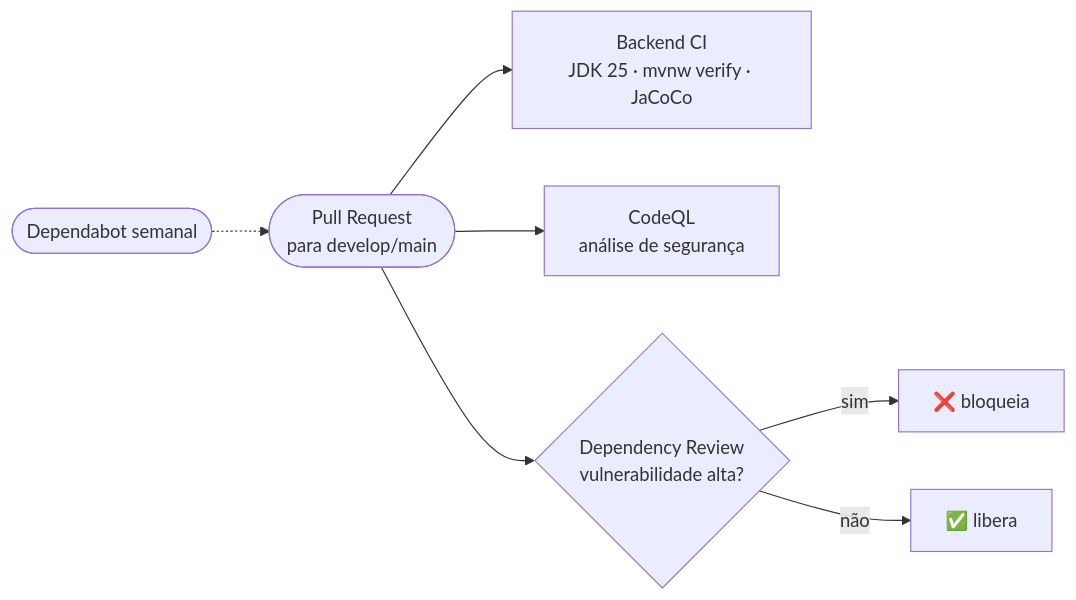
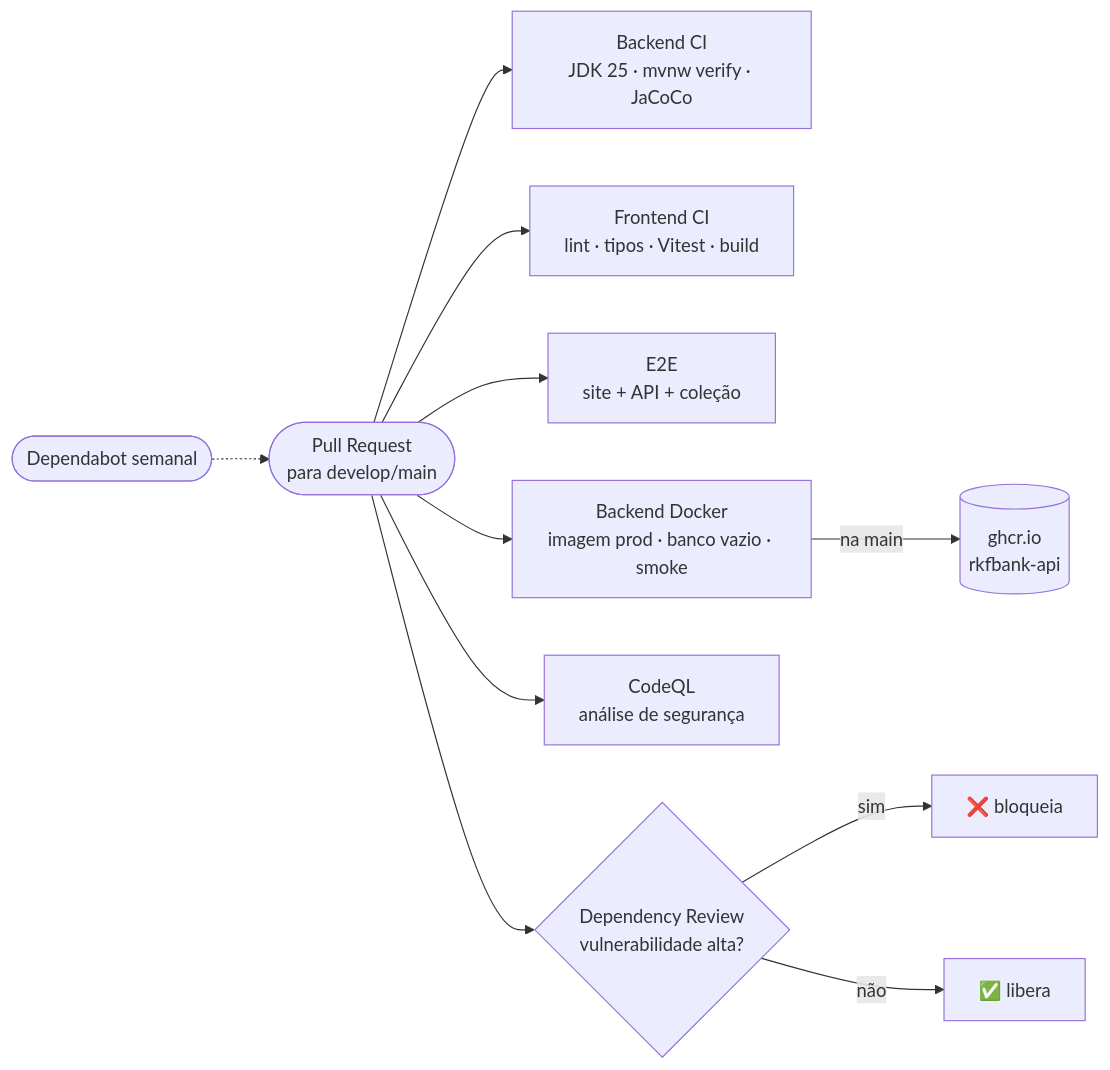
Diagram 11 of 13 in README.md (k3vinrich4rd/rkf_bank), drawn with Mermaid before and after one commit. The commit also changed other lines of this file and 10 other files, not shown here.

````diff
--- a/README.md
+++ b/README.md
@@ -1207,9 +1211,13 @@
 ```mermaid
 flowchart LR
     PR([Pull Request<br/>para develop/main]) --> CI[Backend CI<br/>JDK 25 · mvnw verify · JaCoCo]
+    PR --> FE[Frontend CI<br/>lint · tipos · Vitest · build]
+    PR --> E2E[E2E<br/>site + API + coleção]
+    PR --> DK[Backend Docker<br/>imagem prod · banco vazio · smoke]
+    DK -->|na main| GH[(ghcr.io<br/>rkfbank-api)]
     PR --> CQ[CodeQL<br/>análise de segurança]
     PR --> DR{Dependency Review<br/>vulnerabilidade alta?}
     DR -->|sim| X[❌ bloqueia]
     DR -->|não| OK[✅ libera]
     DB([Dependabot semanal]) -.-> PR
 ```
````
